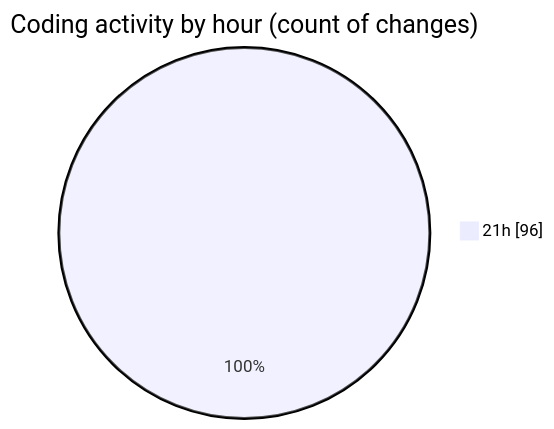
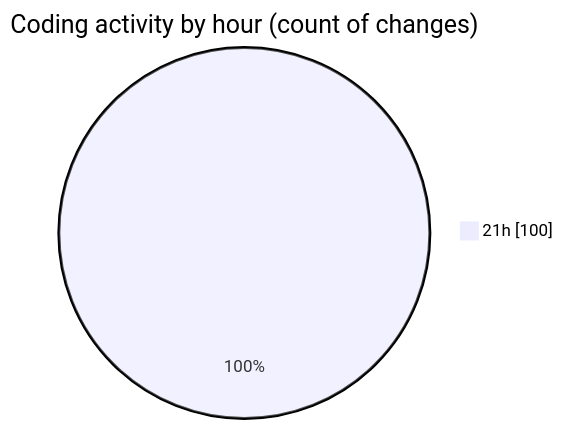
Before and after one commit to Ritupan-Deka/code-tracking: the second of 2 diagrams in 2025-08-03/javascript/README.md, drawn with Mermaid. The commit also changed other lines of this file and 1 other file, not shown here.

````diff
--- a/2025-08-03/javascript/README.md
+++ b/2025-08-03/javascript/README.md
@@ -31,5 +31,5 @@
 ```mermaid
 pie showData
 title Coding activity by hour (count of changes)
-"21h" : 96
+"21h" : 100
 ```
````
